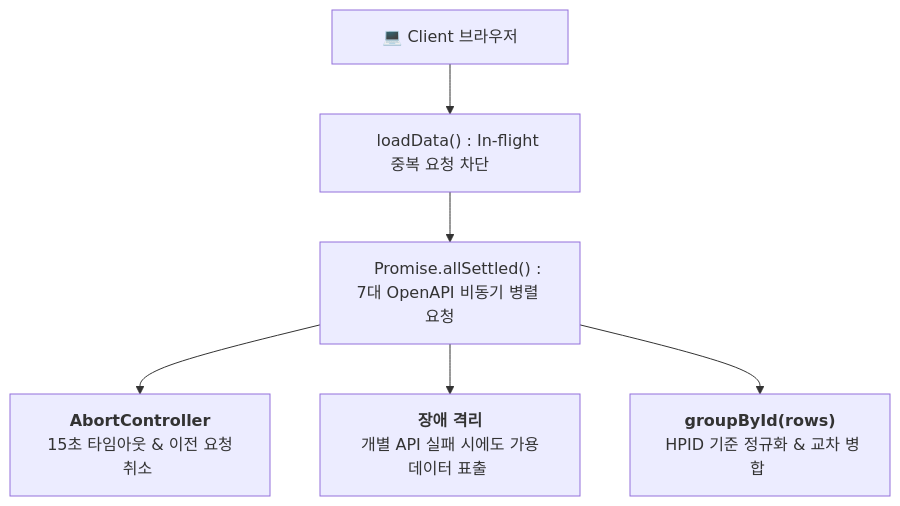
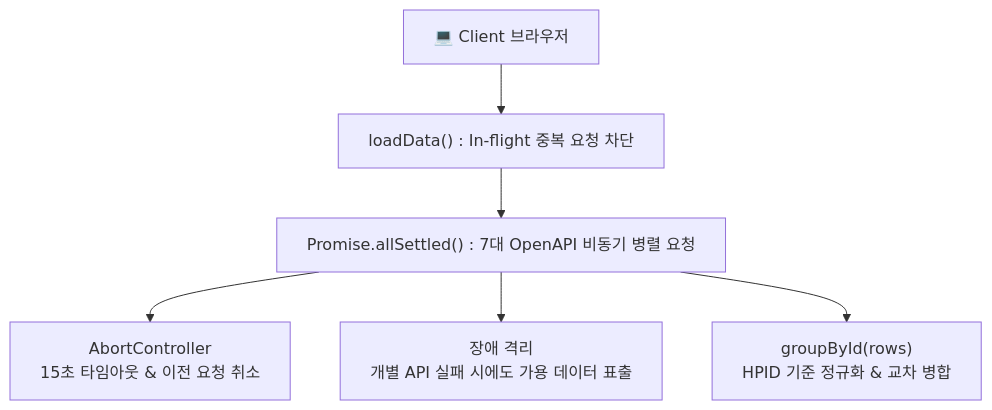
One commit to rockybearking/yonsei119 changed the second of 3 diagrams in README.md. Above: the diagram before and after it, drawn with Mermaid. The commit also changed other lines of this file, not shown here.

Commit message:
README.md Modift_2

````diff
--- a/README.md
+++ b/README.md
@@ -115,8 +116,9 @@
 ```mermaid
+%%{init: {'flowchart': {'wrappingWidth': 600, 'minNodeWidth': 220}}}%%
 flowchart TD
-    Client["&nbsp;&nbsp;&nbsp;&nbsp;💻 Client 브라우저&nbsp;&nbsp;&nbsp;&nbsp;"] --> Load["&nbsp;&nbsp;&nbsp;&nbsp;loadData() : In-flight 중복 요청 차단&nbsp;&nbsp;&nbsp;&nbsp;"]
-    Load --> Promise["&nbsp;&nbsp;&nbsp;&nbsp;Promise.allSettled() : 7대 OpenAPI 비동기 병렬 요청&nbsp;&nbsp;&nbsp;&nbsp;"]
-    Promise --> Abort["&nbsp;&nbsp;<b>AbortController</b>&nbsp;&nbsp;<br>&nbsp;15초 타임아웃 & 이전 요청 취소&nbsp;"]
-    Promise --> Isolate["&nbsp;&nbsp;<b>장애 격리</b>&nbsp;&nbsp;<br>&nbsp;개별 API 실패 시에도 가용 데이터 표출&nbsp;"]
-    Promise --> Group["&nbsp;&nbsp;<b>groupById(rows)</b>&nbsp;&nbsp;<br>&nbsp;HPID 기준 정규화 & 교차 병합&nbsp;"]
+    Client["💻 Client 브라우저"] --> Load["loadData() : In-flight 중복 요청 차단"]
+    Load --> Promise["Promise.allSettled() : 7대 OpenAPI 비동기 병렬 요청"]
+    Promise --> Abort["AbortController<br>15초 타임아웃 & 이전 요청 취소"]
+    Promise --> Isolate["장애 격리<br>개별 API 실패 시에도 가용 데이터 표출"]
+    Promise --> Group["groupById(rows)<br>HPID 기준 정규화 & 교차 병합"]
 ```
````
